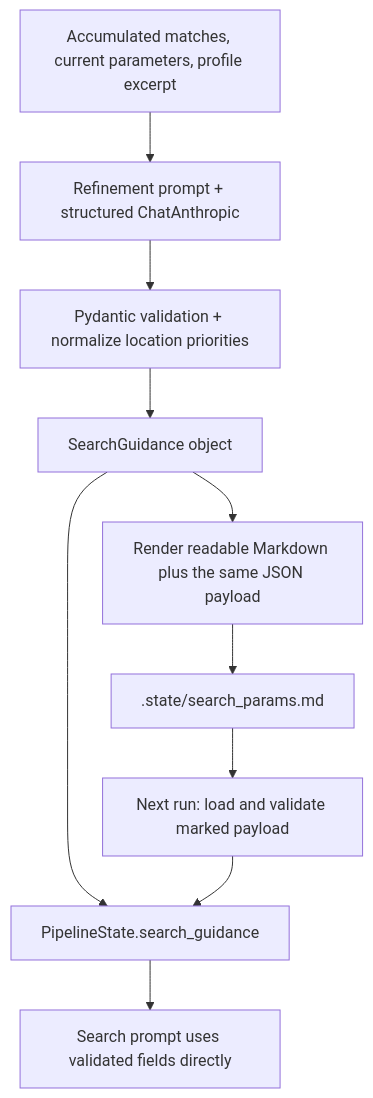
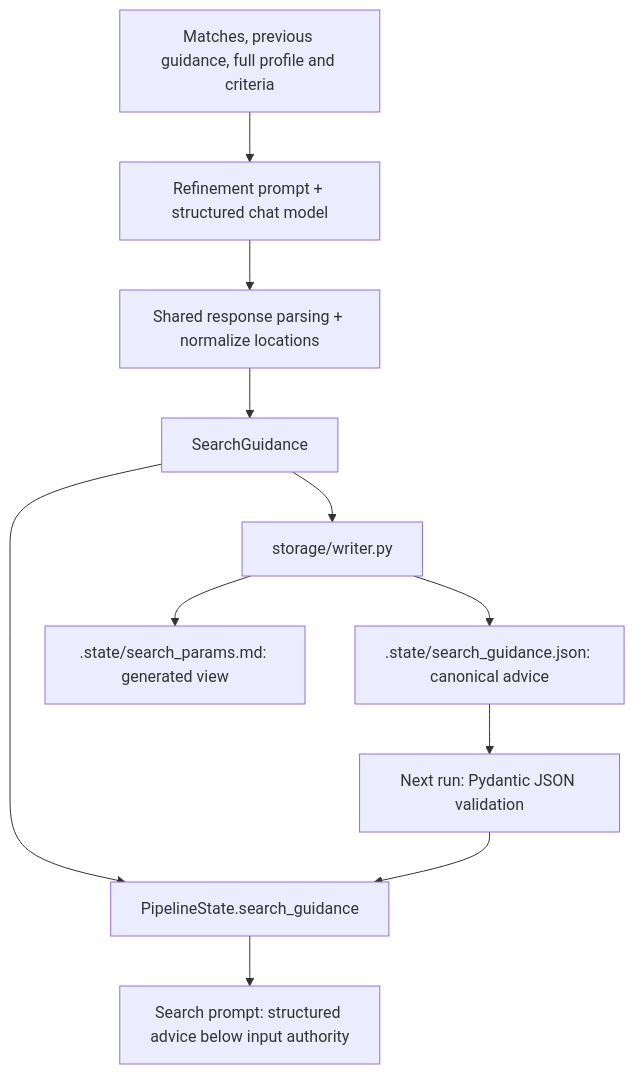
Before and after one commit to sheyko94/linkedin_job_search: the diagram in docs/refinement-and-search-guidance.md, drawn with Mermaid. The commit also changed other lines of this file and 45 other files, not shown here.

````diff
--- a/docs/refinement-and-search-guidance.md
+++ b/docs/refinement-and-search-guidance.md
@@ -7,12 +6,13 @@
 ```mermaid
 flowchart TD
-    MATCHES["Accumulated matches, current parameters, profile excerpt"] --> REFINE["Refinement prompt + structured ChatAnthropic"]
-    REFINE --> VALIDATE["Pydantic validation + normalize location priorities"]
-    VALIDATE --> GUIDANCE["SearchGuidance object"]
+    MATCHES["Matches, previous guidance, full profile and criteria"] --> REFINE["Refinement prompt + structured chat model"]
+    REFINE --> VALIDATE["Shared response parsing + normalize locations"]
+    VALIDATE --> GUIDANCE["SearchGuidance"]
     GUIDANCE --> STATE["PipelineState.search_guidance"]
-    STATE --> SEARCH["Search prompt uses validated fields directly"]
-    GUIDANCE --> RENDER["Render readable Markdown plus the same JSON payload"]
-    RENDER --> FILE[".state/search_params.md"]
-    FILE --> LOAD["Next run: load and validate marked payload"]
+    STATE --> SEARCH["Search prompt: structured advice below input authority"]
+    GUIDANCE --> SAVE["storage/writer.py"]
+    SAVE --> JSON[".state/search_guidance.json: canonical advice"]
+    SAVE --> VIEW[".state/search_params.md: generated view"]
+    JSON --> LOAD["Next run: Pydantic JSON validation"]
     LOAD --> STATE
 ```
````
